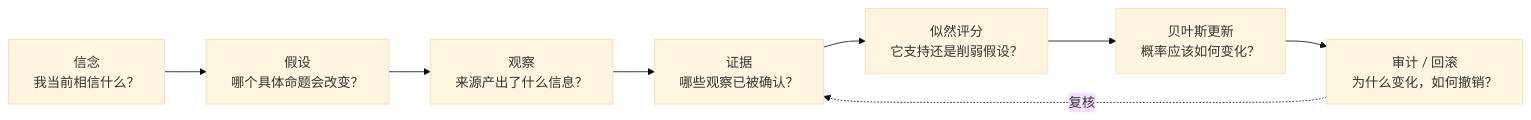
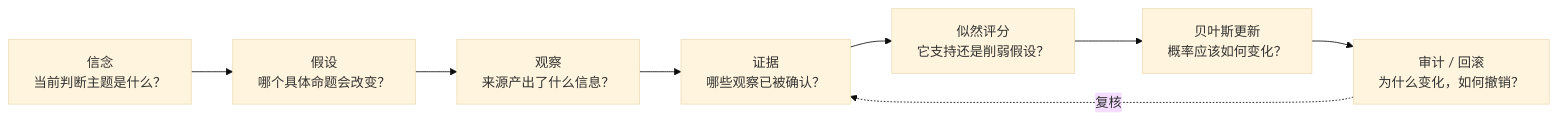
The diagram in README.md (zero-kotori/worldModel), drawn with Mermaid (base theme) before and after one commit. The commit also changed other lines of this file, not shown here.

Commit message:
docs: remove interview framing from readme

````diff
--- a/README.md
+++ b/README.md
@@ -5,18 +5,18 @@
 ```mermaid
 flowchart LR
-  Belief["信念<br/>我当前相信什么？"]
+  Belief["信念<br/>当前判断主题是什么？"]
   Hypothesis["假设<br/>哪个具体命题会改变？"]
   Observation["观察<br/>来源产出了什么信息？"]
   Evidence["证据<br/>哪些观察已被确认？"]
   Likelihood["似然评分<br/>它支持还是削弱假设？"]
   Update["贝叶斯更新<br/>概率应该如何变化？"]
   Audit["审计 / 回滚<br/>为什么变化，如何撤销？"]
 
   Belief --> Hypothesis
   Hypothesis --> Observation
   Observation --> Evidence
   Evidence --> Likelihood
   Likelihood --> Update
   Update --> Audit
   Audit -.复核.-> Evidence
 ```
````
